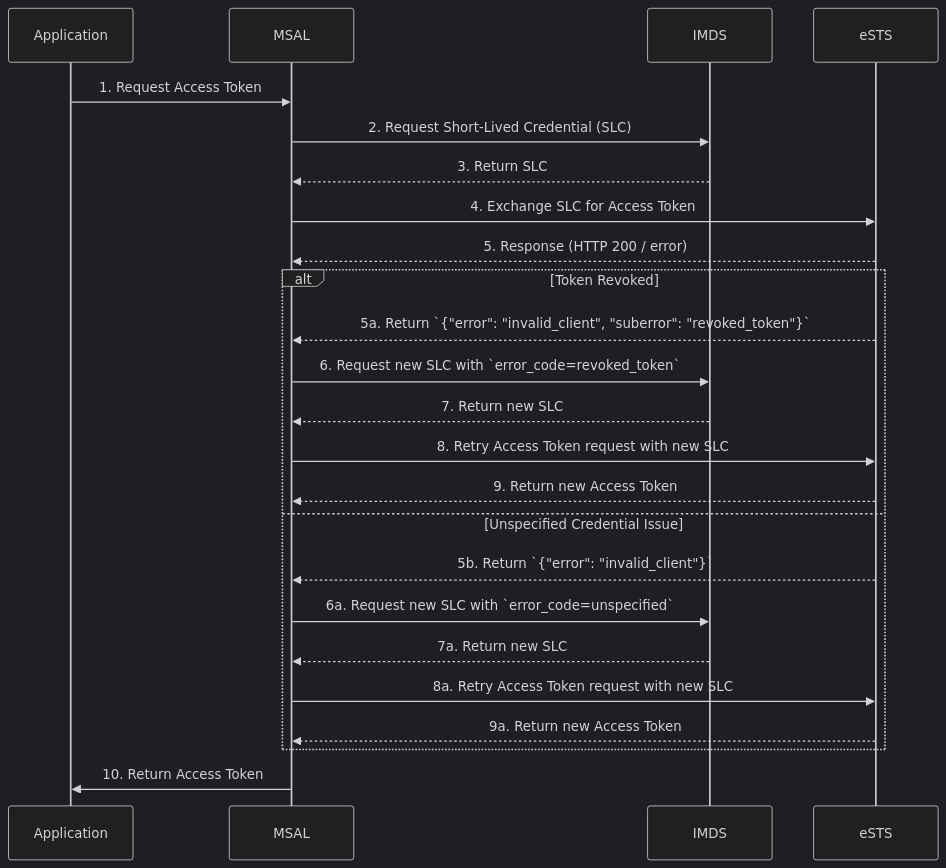
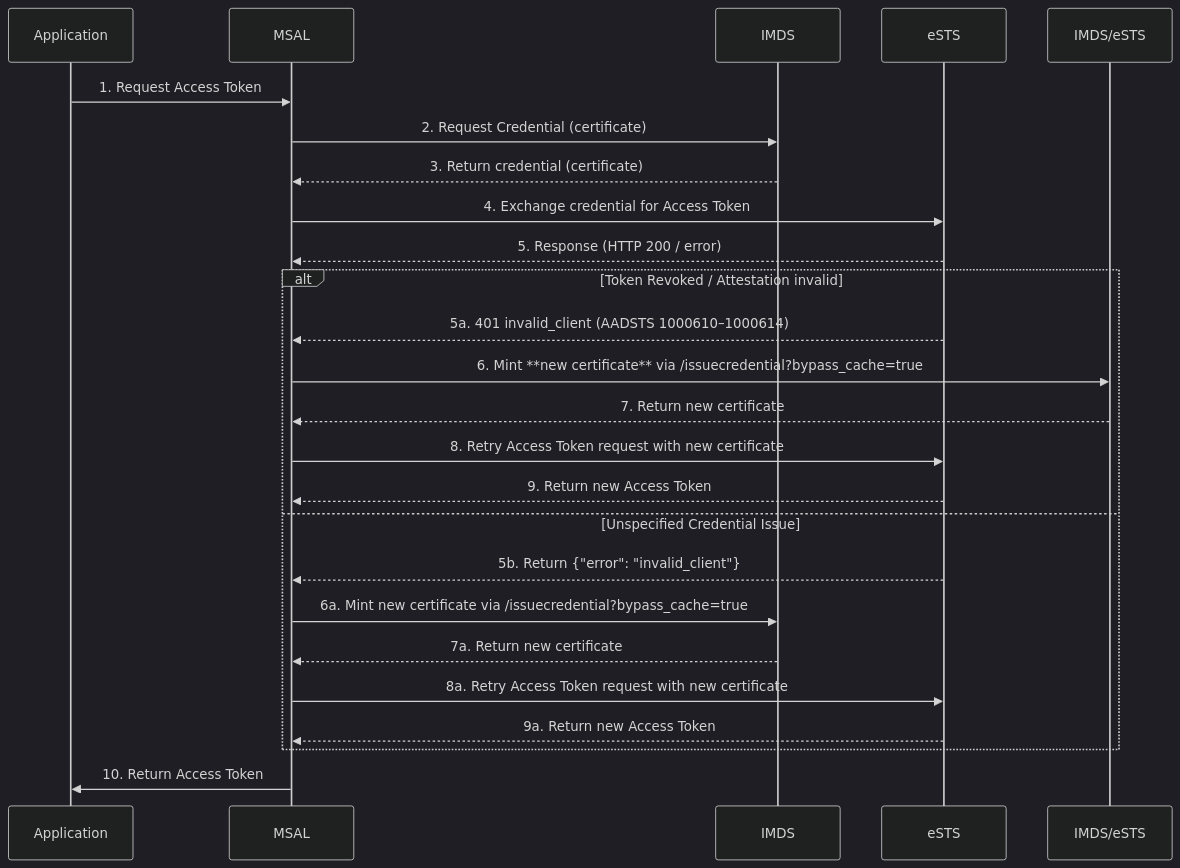
One commit to AzureAD/microsoft-authentication-library-for-dotnet changed the first of 2 diagrams in docs/msi_v2/slc_revocation_spec.md. Above: the diagram before and after it, drawn with Mermaid (dark theme). The commit also changed other lines of this file, not shown here.

First line of the commit message:
Revise SLC document to focus on certificate revocation

````diff
--- a/docs/msi_v2/slc_revocation_spec.md
+++ b/docs/msi_v2/slc_revocation_spec.md
@@ -11,29 +11,29 @@
-```mermaid
+~~~mermaid
 sequenceDiagram
     participant Application
     participant MSAL
     participant IMDS
     participant eSTS
 
     Application ->> MSAL: 1. Request Access Token
-    MSAL ->> IMDS: 2. Request Short-Lived Credential (SLC)
-    IMDS -->> MSAL: 3. Return SLC
-    MSAL ->> eSTS: 4. Exchange SLC for Access Token
+    MSAL ->> IMDS: 2. Request Credential (certificate)
+    IMDS -->> MSAL: 3. Return credential (certificate)
+    MSAL ->> eSTS: 4. Exchange credential for Access Token
     eSTS -->> MSAL: 5. Response (HTTP 200 / error)
 
-    alt Token Revoked
-        eSTS -->> MSAL: 5a. Return `{"error": "invalid_client", "suberror": "revoked_token"}`
-        MSAL ->> IMDS: 6. Request new SLC with `error_code=revoked_token`
-        IMDS -->> MSAL: 7. Return new SLC
-        MSAL ->> eSTS: 8. Retry Access Token request with new SLC
+    alt Token Revoked / Attestation invalid
+        eSTS -->> MSAL: 5a. 401 invalid_client (AADSTS 1000610–1000614)
+        MSAL ->> IMDS/eSTS: 6. Mint **new certificate** via /issuecredential?bypass_cache=true
+        IMDS/eSTS -->> MSAL: 7. Return new certificate
+        MSAL ->> eSTS: 8. Retry Access Token request with new certificate
         eSTS -->> MSAL: 9. Return new Access Token
     else Unspecified Credential Issue
-        eSTS -->> MSAL: 5b. Return `{"error": "invalid_client"}`
-        MSAL ->> IMDS: 6a. Request new SLC with `error_code=unspecified`
-        IMDS -->> MSAL: 7a. Return new SLC
-        MSAL ->> eSTS: 8a. Retry Access Token request with new SLC
+        eSTS -->> MSAL: 5b. Return {"error": "invalid_client"}
+        MSAL ->> IMDS: 6a. Mint new certificate via /issuecredential?bypass_cache=true
+        IMDS -->> MSAL: 7a. Return new certificate
+        MSAL ->> eSTS: 8a. Retry Access Token request with new certificate
         eSTS -->> MSAL: 9a. Return new Access Token
     end
 
     MSAL ->> Application: 10. Return Access Token
-```
+~~~
````
